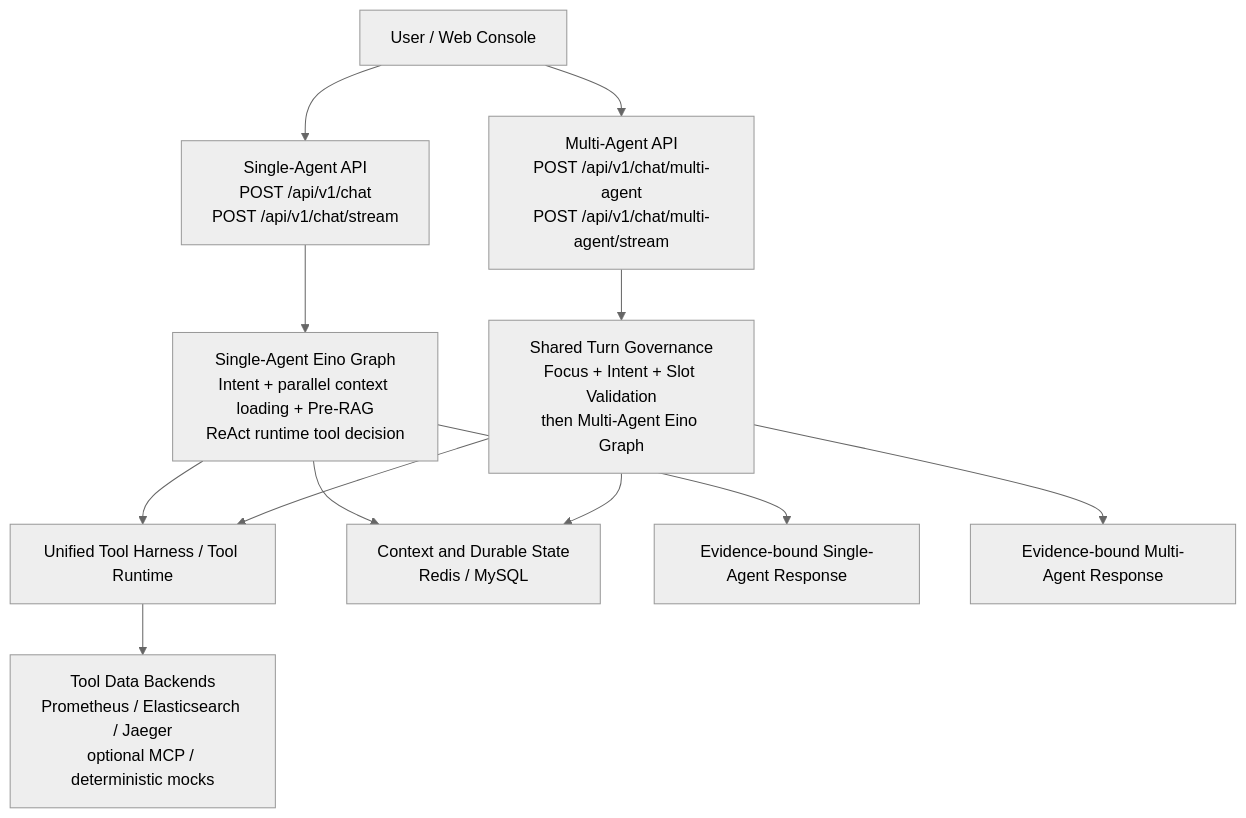
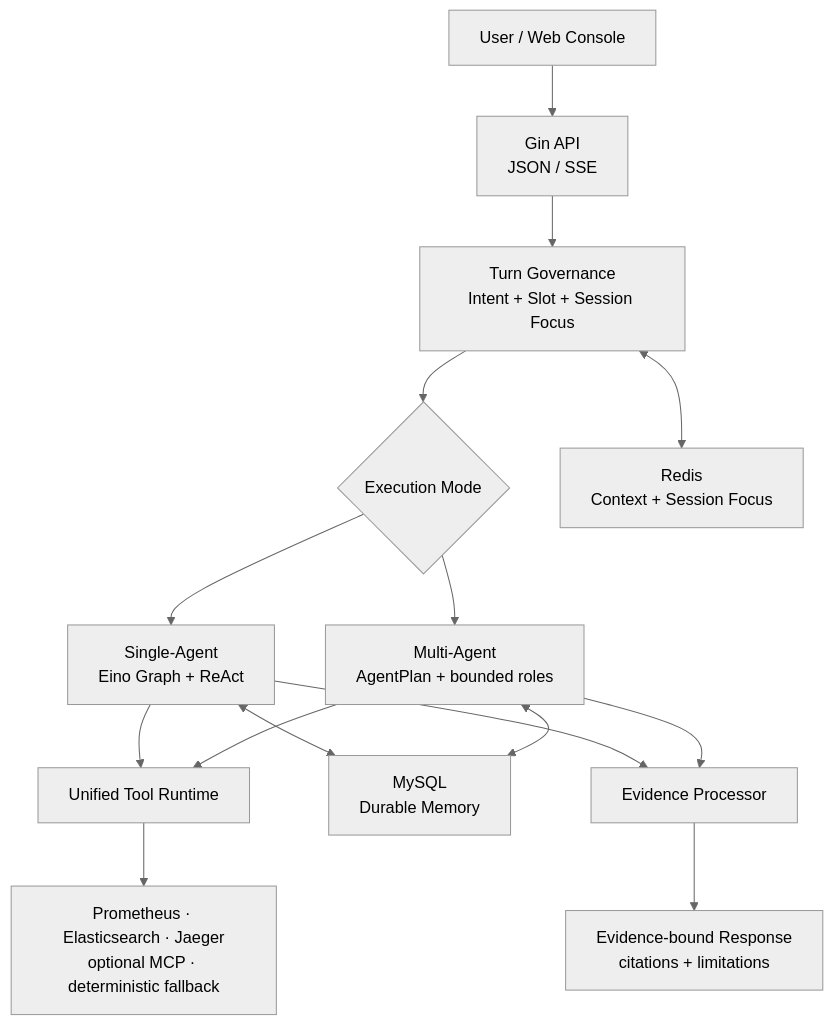
One commit to jiawei-wang-dev/WatchOps-Lite changed the first of 9 diagrams in README.md. Above: the diagram before and after it, drawn with Mermaid (neutral theme). The commit also changed other lines of this file, not shown here.

````diff
--- a/README.md
+++ b/README.md
@@ -54,21 +73,18 @@
 ```mermaid
 flowchart TB
     U["User / Web Console"]
-
-    U --> SAAPI["Single-Agent API<br/>POST /api/v1/chat<br/>POST /api/v1/chat/stream"]
-    U --> MAAPI["Multi-Agent API<br/>POST /api/v1/chat/multi-agent<br/>POST /api/v1/chat/multi-agent/stream"]
-
-    SAAPI --> SA["Single-Agent Eino Graph<br/>Intent + parallel context loading + Pre-RAG<br/>ReAct runtime tool decision"]
-    MAAPI --> MA["Shared Turn Governance<br/>Focus + Intent + Slot Validation<br/>then Multi-Agent Eino Graph"]
-
-    SA --> TH["Unified Tool Harness / Tool Runtime"]
+    U --> API["Gin API<br/>JSON / SSE"]
+    API --> GOV["Turn Governance<br/>Intent + Slot + Session Focus"]
+    GOV --> MODE{"Execution Mode"}
+    MODE --> SA["Single-Agent<br/>Eino Graph + ReAct"]
+    MODE --> MA["Multi-Agent<br/>AgentPlan + bounded roles"]
+    SA --> TH["Unified Tool Runtime"]
     MA --> TH
-
-    TH --> DATA["Tool Data Backends<br/>Prometheus / Elasticsearch / Jaeger<br/>optional MCP / deterministic mocks"]
-
-    SA --> MEMORY["Context and Durable State<br/>Redis / MySQL"]
-    MA --> MEMORY
-
-    SA --> SAR["Evidence-bound Single-Agent Response"]
-    MA --> MAR["Evidence-bound Multi-Agent Response"]
+    TH --> DATA["Prometheus · Elasticsearch · Jaeger<br/>optional MCP · deterministic fallback"]
+    GOV <--> REDIS["Redis<br/>Context + Session Focus"]
+    SA <--> MYSQL["MySQL<br/>Durable Memory"]
+    MA <--> MYSQL
+    SA --> EP["Evidence Processor"]
+    MA --> EP
+    EP --> OUT["Evidence-bound Response<br/>citations + limitations"]
 ```
````
